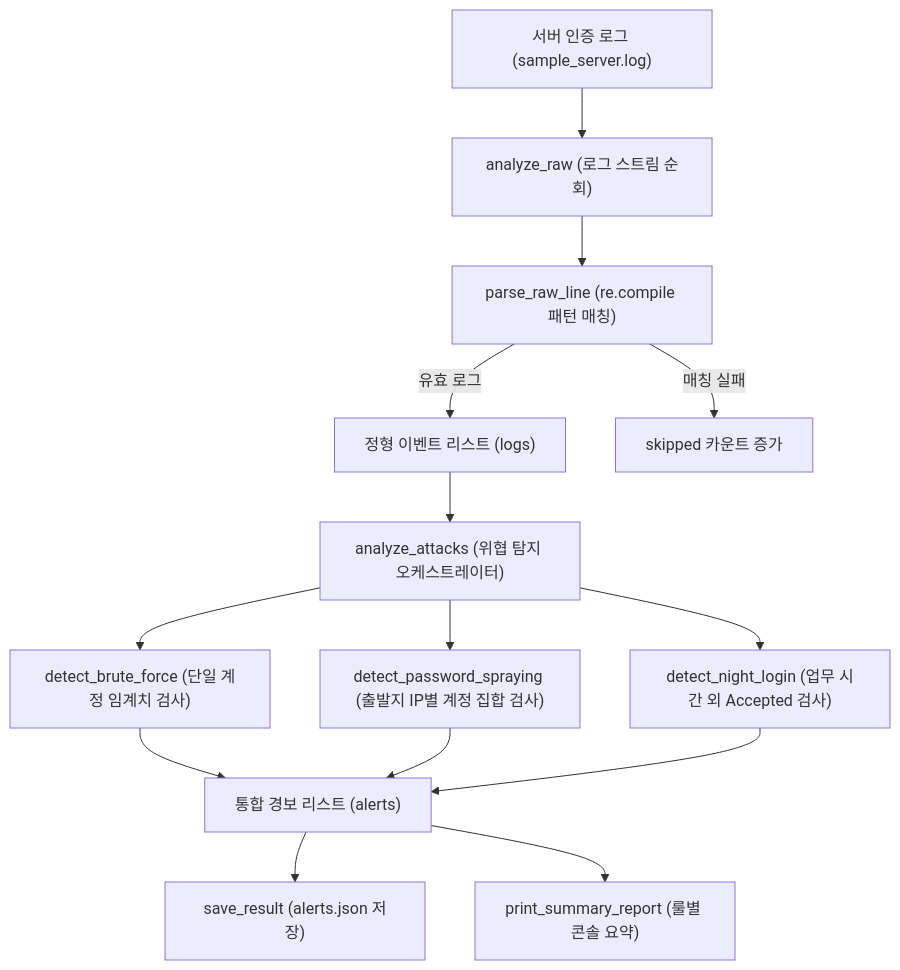
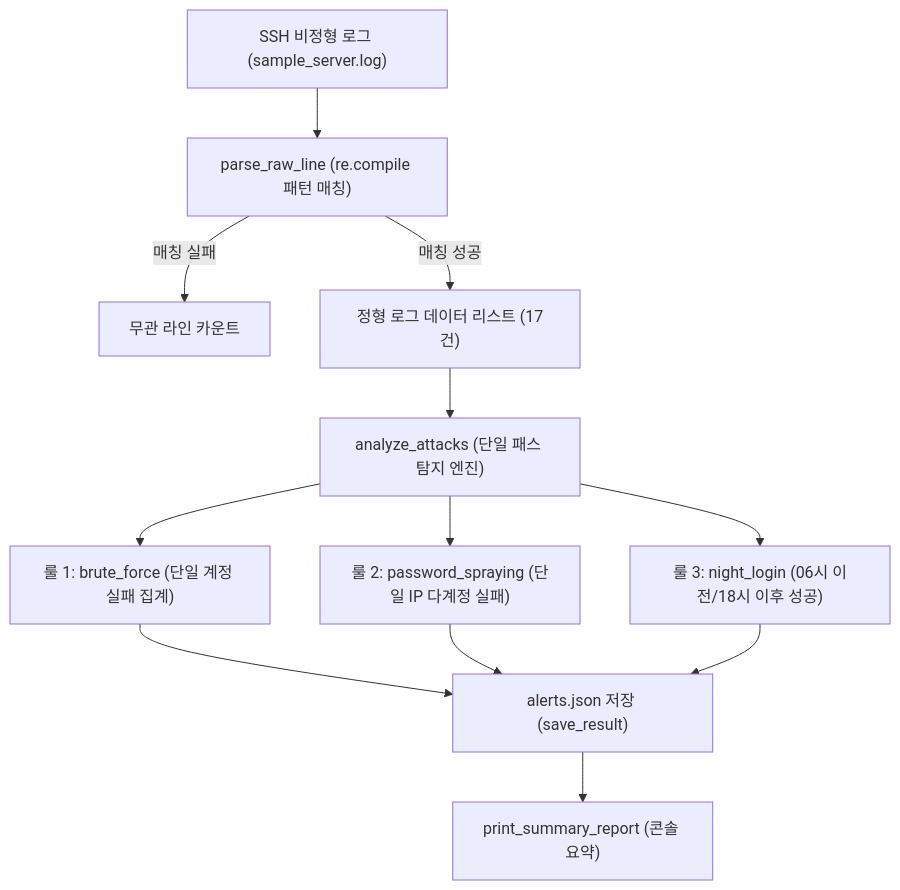
The diagram in docs/posts/c01-agent-core-day03.md (mmmphyun/security-agent-toolkit), drawn with Mermaid before and after one commit. The commit also changed other lines of this file and 7 other files, not shown here.

````diff
--- a/docs/posts/c01-agent-core-day03.md
+++ b/docs/posts/c01-agent-core-day03.md
@@ -21,16 +21,15 @@
 ```mermaid
 flowchart TD
-    A["서버 인증 로그 (sample_server.log)"] --> B["analyze_raw (로그 스트림 순회)"]
-    B --> C["parse_raw_line (re.compile 패턴 매칭)"]
-    C -->|유효 로그| D["정형 이벤트 리스트 (logs)"]
-    C -->|매칭 실패| E["skipped 카운트 증가"]
-    D --> F["analyze_attacks (위협 탐지 오케스트레이터)"]
-    F --> G["detect_brute_force (단일 계정 임계치 검사)"]
-    F --> H["detect_password_spraying (출발지 IP별 계정 집합 검사)"]
-    F --> I["detect_night_login (업무 시간 외 Accepted 검사)"]
-    G --> J["통합 경보 리스트 (alerts)"]
-    H --> J
-    I --> J
-    J --> K["save_result (alerts.json 저장)"]
-    J --> L["print_summary_report (룰별 콘솔 요약)"]
+    A["SSH 비정형 로그 (sample_server.log)"] --> B["parse_raw_line (re.compile 패턴 매칭)"]
+    B -->|매칭 실패| C["무관 라인 카운트"]
+    B -->|매칭 성공| D["정형 로그 데이터 리스트 (17건)"]
+    D --> E["analyze_attacks (단일 패스 탐지 엔진)"]
+    F["룰 1: brute_force (단일 계정 실패 집계)"]
+    G["룰 2: password_spraying (단일 IP 다계정 실패)"]
+    H["룰 3: night_login (06시 이전/18시 이후 성공)"]
+    E --> F
+    E --> G
+    E --> H
+    F & G & H --> I["alerts.json 저장 (save_result)"]
+    I --> J["print_summary_report (콘솔 요약)"]
 ```
````
